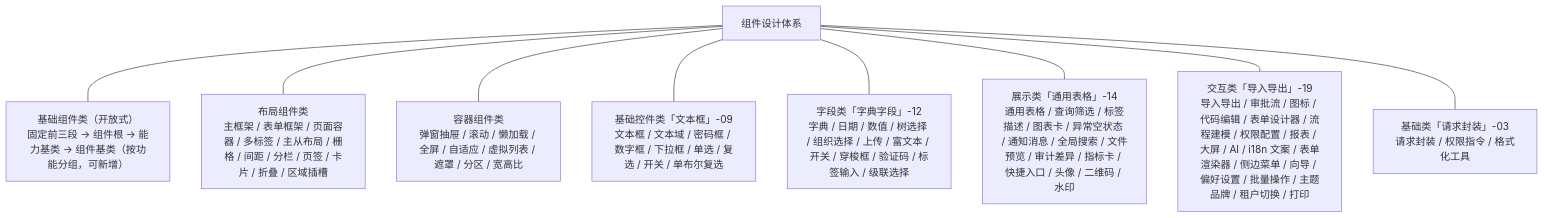
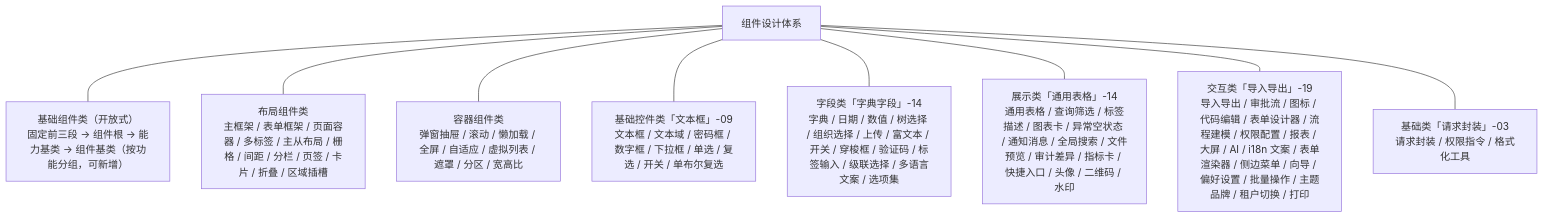
Before and after one commit to minjian123/basic-management-system: the diagram in bms文档/设计/组件设计/01_组件设计_总览.md, drawn with Mermaid. The commit also changed 21 other files, not shown here.

````diff
--- a/bms文档/设计/组件设计/01_组件设计_总览.md
+++ b/bms文档/设计/组件设计/01_组件设计_总览.md
@@ -199,20 +199,20 @@
 ```mermaid
 graph TD
     ROOT["组件设计体系"]
     BASE["基础组件类（开放式）<br/>固定前三段 → 组件根 → 能力基类 → 组件基类（按功能分组，可新增）"]
     LAY["布局组件类<br/>主框架 / 表单框架 / 页面容器 / 多标签 / 主从布局 / 栅格 / 间距 / 分栏 / 页签 / 卡片 / 折叠 / 区域插槽"]
     BOX["容器组件类<br/>弹窗抽屉 / 滚动 / 懒加载 / 全屏 / 自适应 / 虚拟列表 / 遮罩 / 分区 / 宽高比"]
     CTRL["基础控件类「文本框」-09<br/>文本框 / 文本域 / 密码框 / 数字框 / 下拉框 / 单选 / 复选 / 开关 / 单布尔复选"]
-    F["字段类「字典字段」-12<br/>字典 / 日期 / 数值 / 树选择 / 组织选择 / 上传 / 富文本 / 开关 / 穿梭框 / 验证码 / 标签输入 / 级联选择"]
+    F["字段类「字典字段」-14<br/>字典 / 日期 / 数值 / 树选择 / 组织选择 / 上传 / 富文本 / 开关 / 穿梭框 / 验证码 / 标签输入 / 级联选择 / 多语言文案 / 选项集"]
     D["展示类「通用表格」-14<br/>通用表格 / 查询筛选 / 标签描述 / 图表卡 / 异常空状态 / 通知消息 / 全局搜索 / 文件预览 / 审计差异 / 指标卡 / 快捷入口 / 头像 / 二维码 / 水印"]
     I["交互类「导入导出」-19<br/>导入导出 / 审批流 / 图标 / 代码编辑 / 表单设计器 / 流程建模 / 权限配置 / 报表 / 大屏 / AI / i18n 文案 / 表单渲染器 / 侧边菜单 / 向导 / 偏好设置 / 批量操作 / 主题品牌 / 租户切换 / 打印"]
     B["基础类「请求封装」-03<br/>请求封装 / 权限指令 / 格式化工具"]
     ROOT --- BASE
     ROOT --- LAY
     ROOT --- BOX
     ROOT --- CTRL
     ROOT --- F
     ROOT --- D
     ROOT --- I
     ROOT --- B
 ```
````
